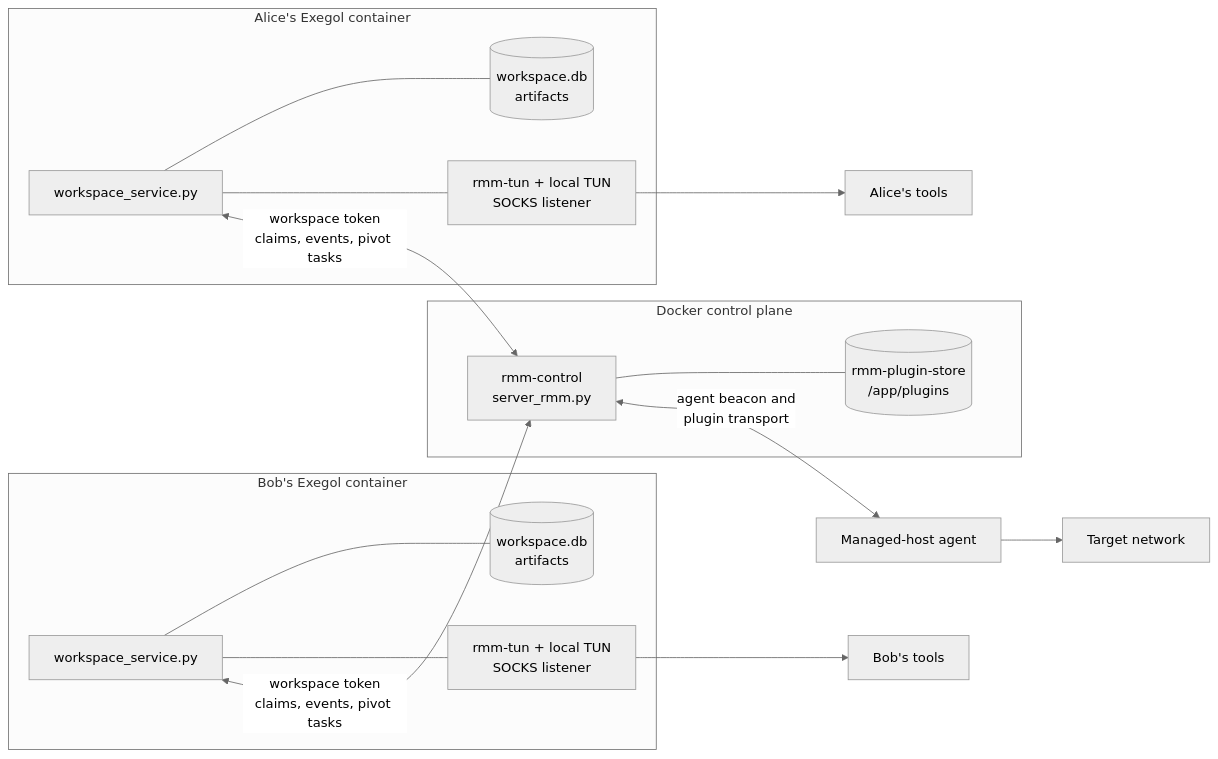
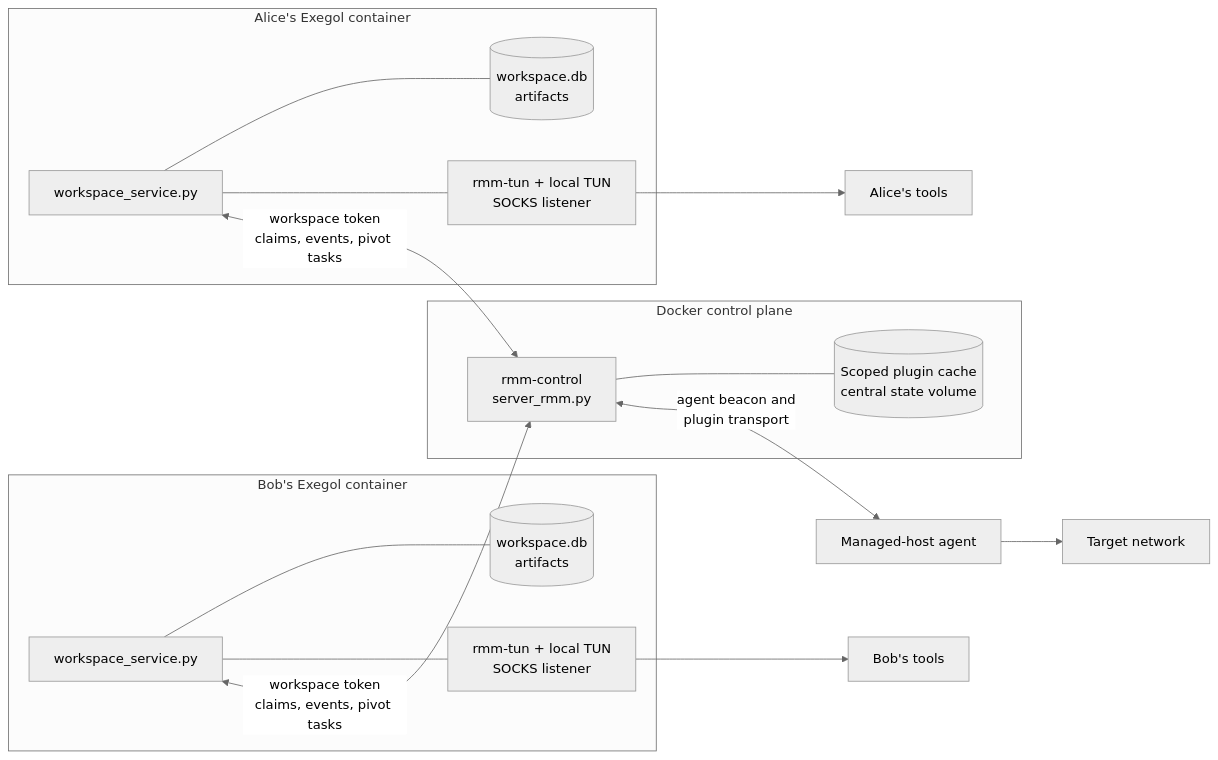
Before and after one commit to CyrilleFranchet/Minimal-RMM: the fourth of 6 diagrams in docs/architecture.md, drawn with Mermaid (neutral theme). The commit also changed other lines of this file and 26 other files, not shown here.

````diff
--- a/docs/architecture.md
+++ b/docs/architecture.md
@@ -119,31 +119,31 @@
 ```mermaid
 flowchart LR
     subgraph central["Docker control plane"]
         c2["rmm-control\nserver_rmm.py"]
-        plugins[("rmm-plugin-store\n/app/plugins")]
+        plugins[("Scoped plugin cache\ncentral state volume")]
         c2 --- plugins
     end
 
     subgraph alice["Alice's Exegol container"]
         ws1["workspace_service.py"]
         data1[("workspace.db\nartifacts")]
         tun1["rmm-tun + local TUN\nSOCKS listener"]
         ws1 --- data1
         ws1 --- tun1
     end
 
     subgraph bob["Bob's Exegol container"]
         ws2["workspace_service.py"]
         data2[("workspace.db\nartifacts")]
         tun2["rmm-tun + local TUN\nSOCKS listener"]
         ws2 --- data2
         ws2 --- tun2
     end
 
     ws1 <-->|"workspace token\nclaims, events, pivot tasks"| c2
     ws2 <-->|"workspace token\nclaims, events, pivot tasks"| c2
     c2 <-->|"agent beacon and\nplugin transport"| agent["Managed-host agent"]
     tun1 --> tools1["Alice's tools"]
     tun2 --> tools2["Bob's tools"]
     agent --> target["Target network"]
 ```
````
